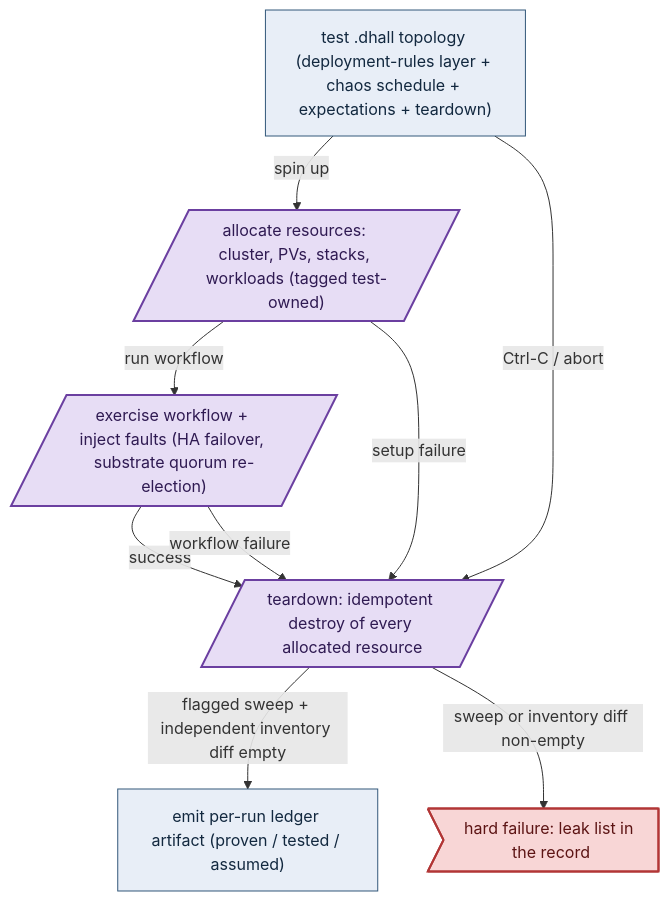
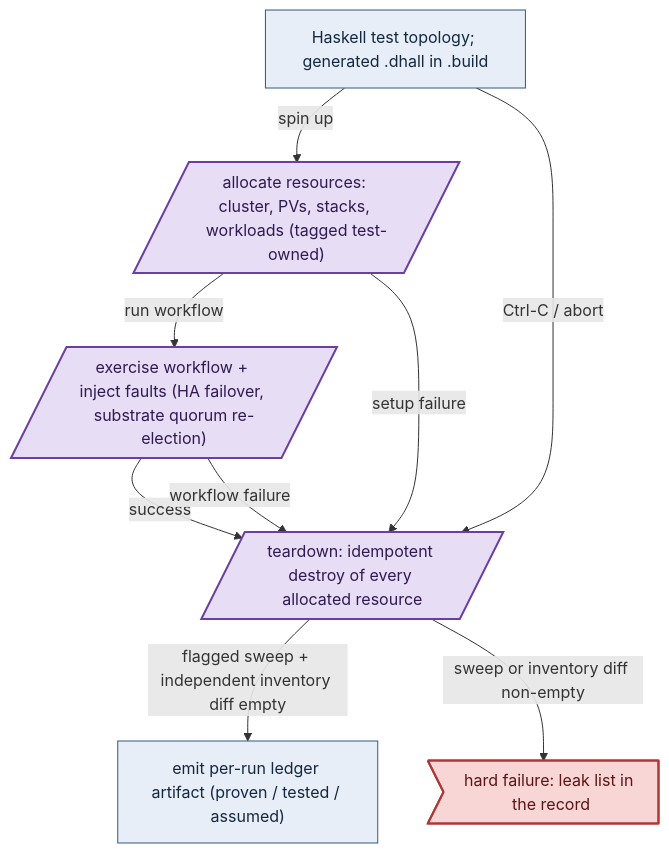
Before and after one commit to Tuee22/amoebius: the second of 4 diagrams in documents/engineering/testing_doctrine.md, drawn with Mermaid. The commit also changed other lines of this file and 219 other files, not shown here.

````diff
--- a/documents/engineering/testing_doctrine.md
+++ b/documents/engineering/testing_doctrine.md
@@ -318,15 +199,15 @@
 ```mermaid
 flowchart TD
 %% register: algebra
-  spec["test .dhall topology (deployment-rules layer + chaos schedule + expectations + teardown)"]:::intent -->|spin up| up[/"allocate resources: cluster, PVs, stacks, workloads (tagged test-owned)"/]:::effect
+  spec["Haskell test topology; generated .dhall in .build"]:::intent -->|spin up| up[/"allocate resources: cluster, PVs, stacks, workloads (tagged test-owned)"/]:::effect
   up -->|run workflow| run[/"exercise workflow + inject faults (HA failover, substrate quorum re-election)"/]:::effect
   run -->|success| down[/"teardown: idempotent destroy of every allocated resource"/]:::effect
   run -->|workflow failure| down
   up -->|setup failure| down
   spec -->|Ctrl-C / abort| down
   down -->|flagged sweep + independent inventory diff empty| ledger["emit per-run ledger artifact (proven / tested / assumed)"]:::intent
   down -->|sweep or inventory diff non-empty| fail>"hard failure: leak list in the record"]:::refuse
   classDef intent   fill:#e8eef7,stroke:#33587a,color:#12283f,stroke-width:1px
   classDef effect   fill:#e7ddf5,stroke:#6b3fa0,color:#2f1a52,stroke-width:2px
   classDef refuse   fill:#f8d6d6,stroke:#b23636,color:#5c1414,stroke-width:2px
 ```
````
